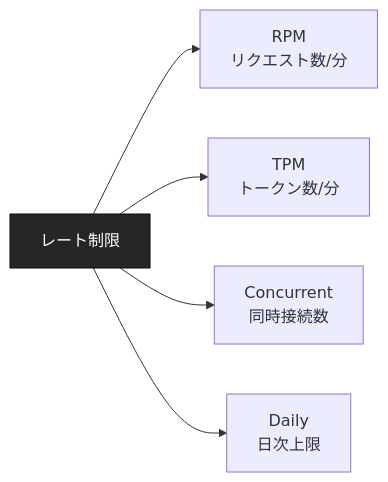
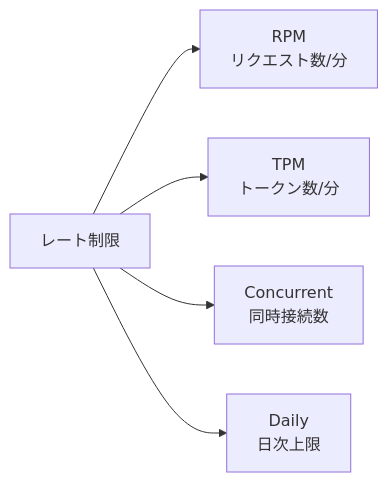
The first of 3 diagrams in docs/tech-notes/llm-api-のレート制限との付き合い方.md (dinekt/dinekt-wiki), drawn with Mermaid before and after one commit. The commit also changed other lines of this file and 70 other files, not shown here.

First line of the commit message:
fix(mermaid): strip all inline styling, rely on theme

````diff
--- a/docs/tech-notes/llm-api-のレート制限との付き合い方.md
+++ b/docs/tech-notes/llm-api-のレート制限との付き合い方.md
@@ -25,9 +25,8 @@
 ```mermaid
 flowchart LR
     A[レート制限] --> B[RPM<br/>リクエスト数/分]
     A --> C[TPM<br/>トークン数/分]
     A --> D[Concurrent<br/>同時接続数]
     A --> E[Daily<br/>日次上限]
 
-    style A fill:#262626,color:#fff,stroke:#0a0a0a
 ```
````
